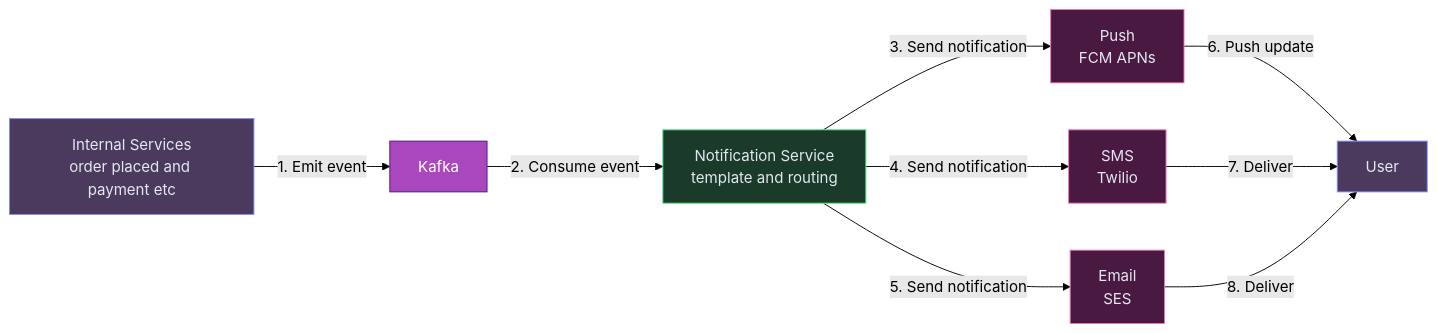
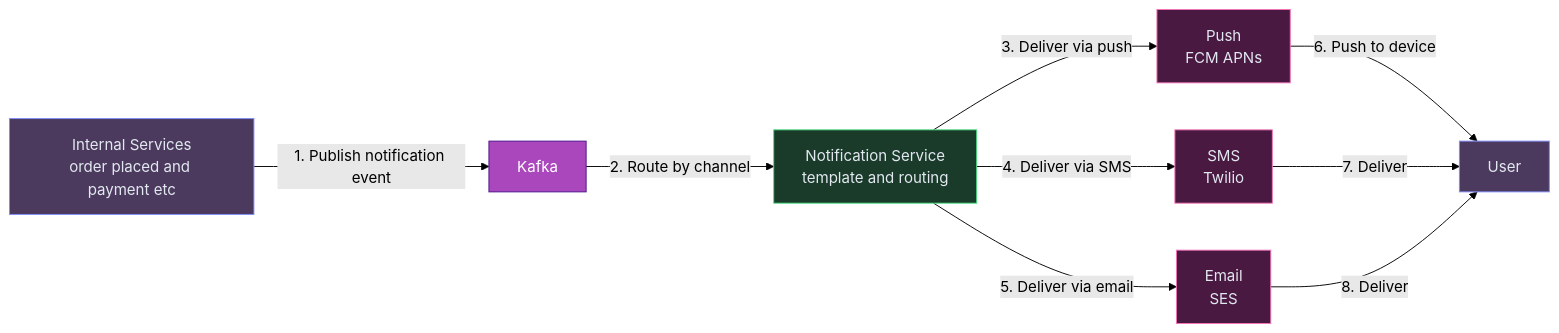
One commit to iluzn/HLD-Designs changed the first of 16 diagrams in content/hld/NotificationSystem.md. Above: the diagram before and after it, drawn with Mermaid (forest theme). The commit also changed other lines of this file and 27 other files, not shown here.

````diff
--- a/content/hld/NotificationSystem.md
+++ b/content/hld/NotificationSystem.md
@@ -19,24 +19,24 @@
 ```mermaid
 flowchart LR
     SERVICES["Internal Services<br/>order placed and payment etc"]:::client
     BUS["Kafka"]:::async
     NS["Notification Service<br/>template and routing"]:::service
     PUSH["Push<br/>FCM APNs"]:::external
     SMS["SMS<br/>Twilio"]:::external
     EMAIL["Email<br/>SES"]:::external
     USER["User"]:::client
 
-    SERVICES -->|"1. Emit event"| BUS
-    BUS -->|"2. Consume event"| NS
-    NS -->|"3. Send notification"| PUSH
-    NS -->|"4. Send notification"| SMS
-    NS -->|"5. Send notification"| EMAIL
-    PUSH -->|"6. Push update"| USER
+    SERVICES -->|"1. Publish notification event"| BUS
+    BUS -->|"2. Route by channel"| NS
+    NS -->|"3. Deliver via push"| PUSH
+    NS -->|"4. Deliver via SMS"| SMS
+    NS -->|"5. Deliver via email"| EMAIL
+    PUSH -->|"6. Push to device"| USER
     SMS -->|"7. Deliver"| USER
     EMAIL -->|"8. Deliver"| USER
 
     classDef client fill:#4c3a5e,stroke:#818cf8,color:#e2e8f0
     classDef service fill:#1a3a2a,stroke:#4ade80,color:#e2e8f0
     classDef async fill:#AB47BC,stroke:#4A148C,color:#fff
     classDef external fill:#4a1942,stroke:#f472b6,color:#e2e8f0
 ```
````
